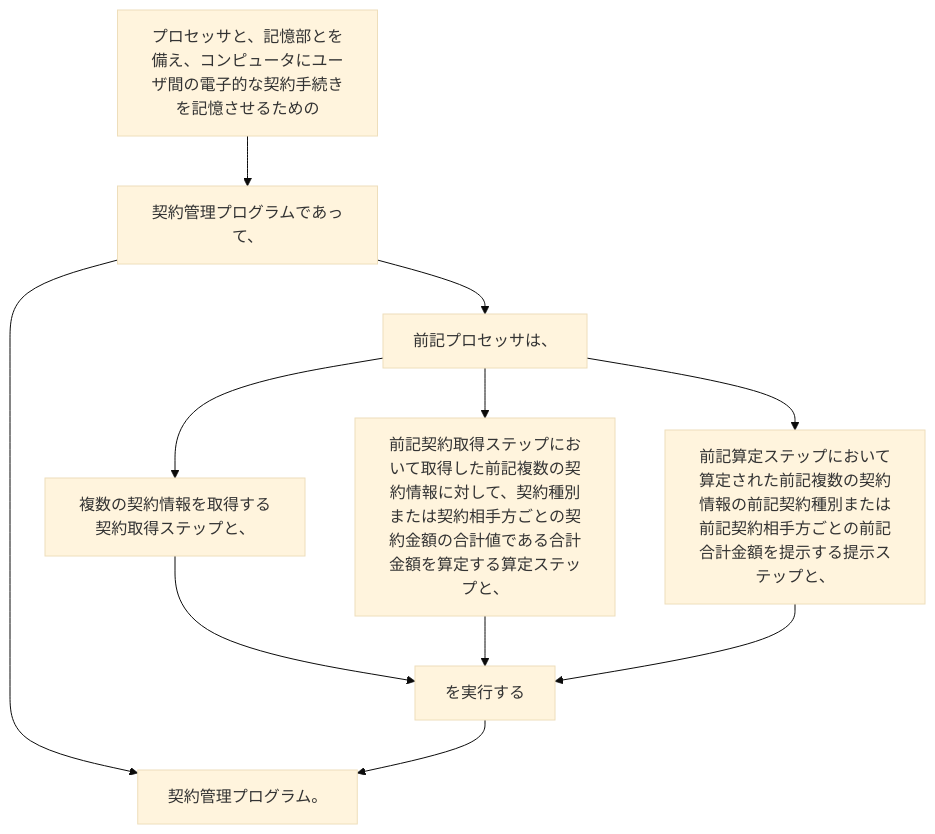
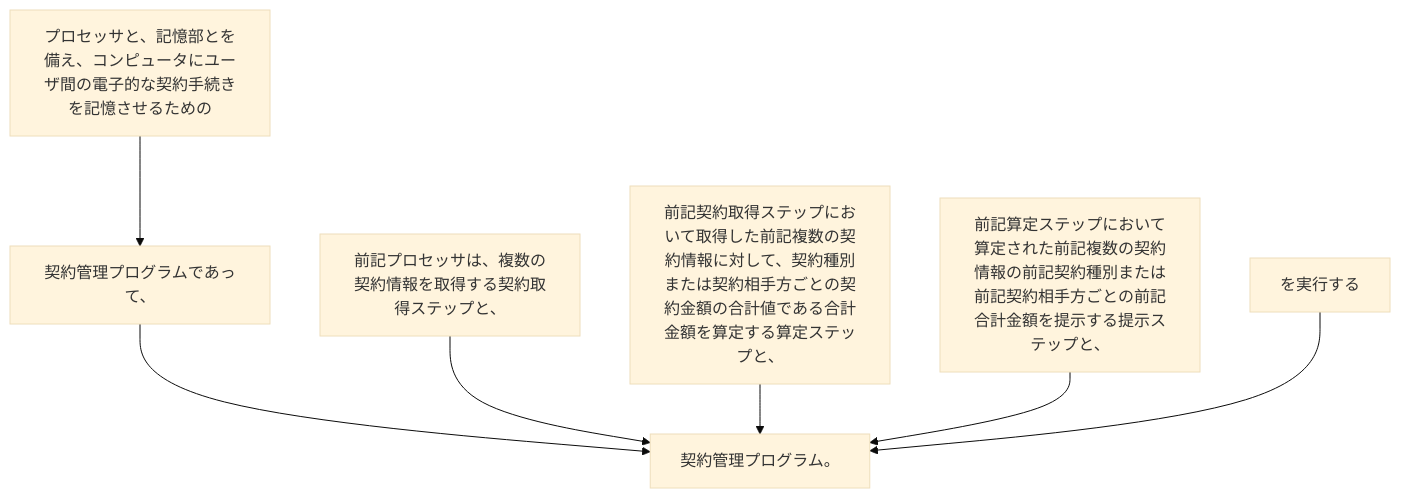
The diagram in 2024/JP2024014095A/claim_1/README.md (shinmori55/patent_analyzed), drawn with Mermaid (base theme) before and after one commit. The commit also changed 27 other files, not shown here.

````diff
--- a/2024/JP2024014095A/claim_1/README.md
+++ b/2024/JP2024014095A/claim_1/README.md
@@ -7,22 +7,16 @@
 ```mermaid
 flowchart TD
 A[プロセッサと、記憶部とを備え、コンピュータにユーザ間の電子的な契約手続きを記憶させるための]
 B[契約管理プログラムであって、]
-C[前記プロセッサは、]
-D[複数の契約情報を取得する契約取得ステップと、]
-E[前記契約取得ステップにおいて取得した前記複数の契約情報に対して、契約種別または契約相手方ごとの契約金額の合計値である合計金額を算定する算定ステップと、]
-F[前記算定ステップにおいて算定された前記複数の契約情報の前記契約種別または前記契約相手方ごとの前記合計金額を提示する提示ステップと、]
-G[を実行する]
-H[契約管理プログラム。]
-
+C[前記プロセッサは、複数の契約情報を取得する契約取得ステップと、]
+D[前記契約取得ステップにおいて取得した前記複数の契約情報に対して、契約種別または契約相手方ごとの契約金額の合計値である合計金額を算定する算定ステップと、]
+E[前記算定ステップにおいて算定された前記複数の契約情報の前記契約種別または前記契約相手方ごとの前記合計金額を提示する提示ステップと、]
+F[を実行する]
+G[契約管理プログラム。]
 A --> B
-B --> H
-B --> C
-C --> D
-C --> E
-C --> F
+B --> G
+C --> G
 D --> G
 E --> G
 F --> G
-G --> H
 ```
````
